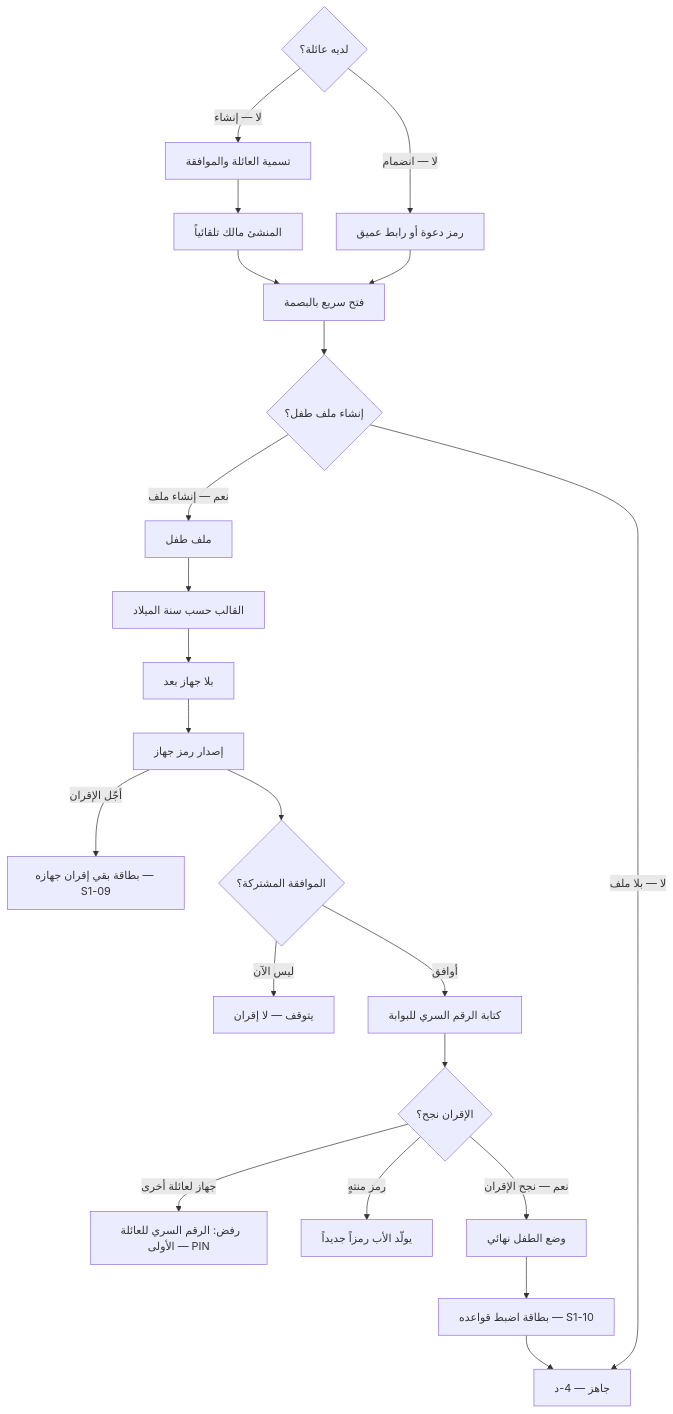
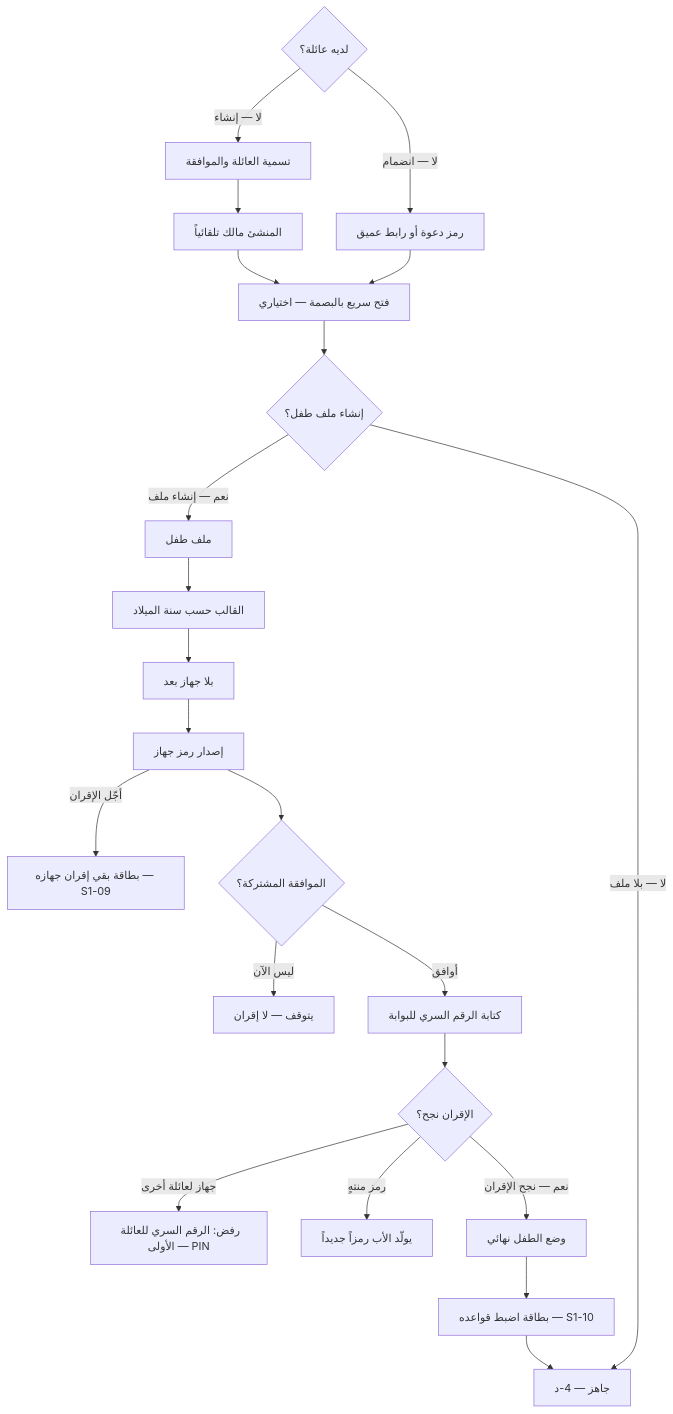
One commit to Bassam-mohammed-alqaeadi/family-os-v2 changed diagram 25 of 36 in docs/family-os/governance/phases/phase-1/S1-02-identity-and-onboarding/DIAGRAMS.md. Above: the diagram before and after it, drawn with Mermaid. The commit also changed other lines of this file and 22 other files, not shown here.

First line of the commit message:
docs(governance): diagrams approved (Q-445), Q-440 choices settled (Q-444), second layer closed (Q-443)

````diff
--- a/docs/family-os/governance/phases/phase-1/S1-02-identity-and-onboarding/DIAGRAMS.md
+++ b/docs/family-os/governance/phases/phase-1/S1-02-identity-and-onboarding/DIAGRAMS.md
@@ -1019,25 +1019,25 @@
 ```mermaid
 flowchart TD
     Fam{لديه عائلة؟}
     Fam -->|لا — إنشاء| Create[تسمية العائلة والموافقة]
     Create --> Owner[المنشئ مالك تلقائياً]
     Fam -->|لا — انضمام| Join[رمز دعوة أو رابط عميق]
-    Owner --> Bio[فتح سريع بالبصمة]
+    Owner --> Bio[فتح سريع بالبصمة — اختياري]
     Join --> Bio
     Bio --> ChildQ{إنشاء ملف طفل؟}
     ChildQ -->|نعم — إنشاء ملف| ChildProf[ملف طفل]
     ChildProf --> Template[القالب حسب سنة الميلاد]
     Template --> NoDev[بلا جهاز بعد]
     NoDev --> Pair[إصدار رمز جهاز]
     Pair -->|أجّل الإقران| Defer[بطاقة بقي إقران جهازه — S1-09]
     Pair --> Consent{الموافقة المشتركة؟}
     Consent -->|ليس الآن| NotNow[يتوقف — لا إقران]
     Consent -->|أوافق| GatePin[كتابة الرقم السري للبوابة]
     GatePin --> PairOK{الإقران نجح؟}
     PairOK -->|جهاز لعائلة أخرى| PairNo[رفض: الرقم السري للعائلة الأولى — PIN]
     PairOK -->|رمز منتهٍ| PairExp[يولّد الأب رمزاً جديداً]
     PairOK -->|نعم — نجح الإقران| Mode[وضع الطفل نهائي]
     ChildQ -->|لا — بلا ملف| ReadyX[جاهز — 4-د]
     Mode --> Rules[بطاقة اضبط قواعده — S1-10]
     Rules --> ReadyX
 ```
````
